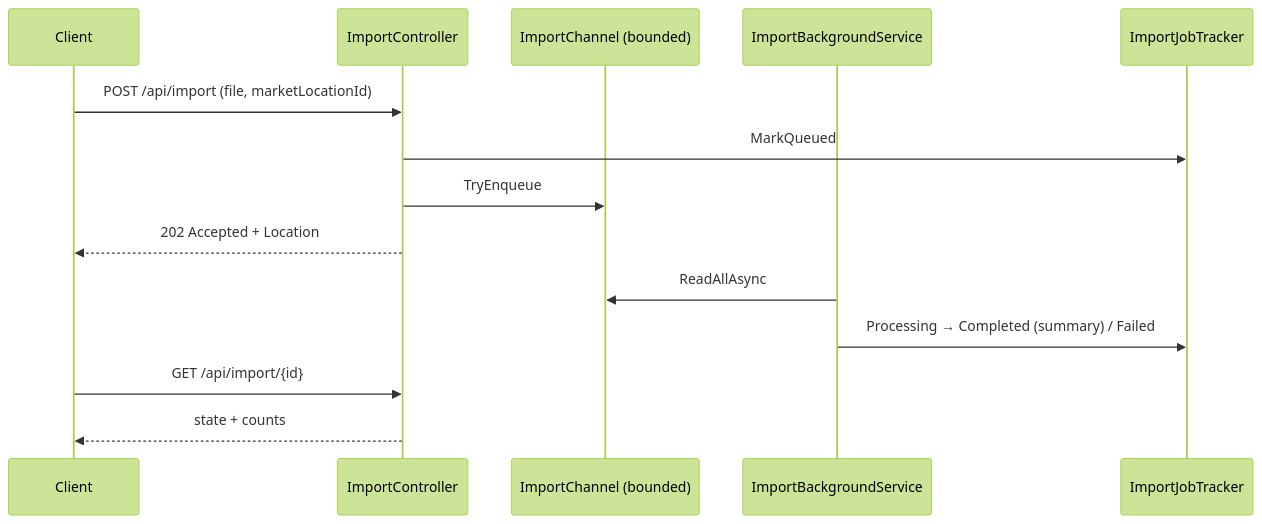
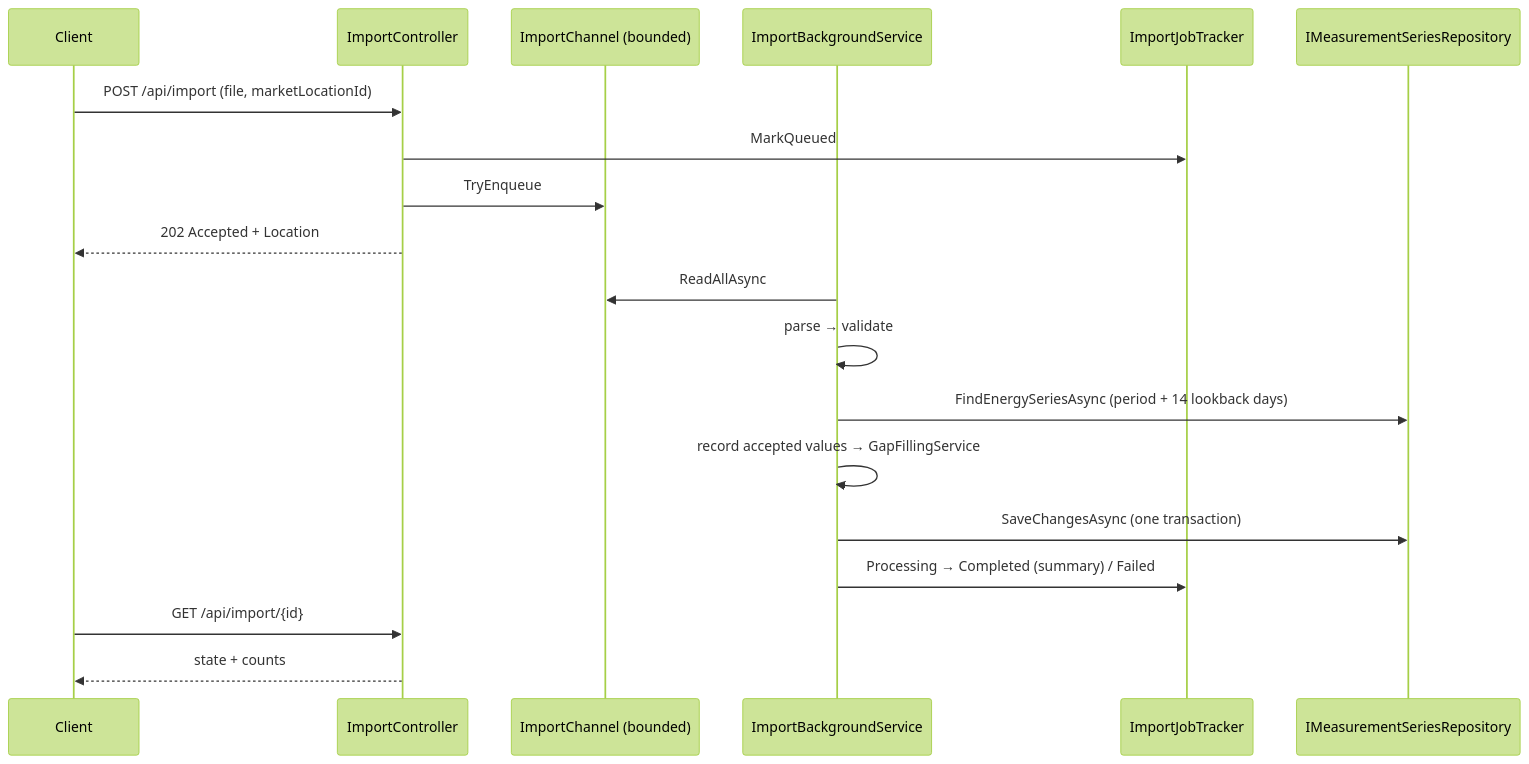
Before and after one commit to hanan-raza/meter-data-service: the third of 3 diagrams in README.md, drawn with Mermaid (forest theme). The commit also changed other lines of this file and 16 other files, not shown here.

````diff
--- a/README.md
+++ b/README.md
@@ -131,16 +131,21 @@
 ```mermaid
 sequenceDiagram
     participant C as Client
     participant E as ImportController
     participant Q as ImportChannel (bounded)
     participant B as ImportBackgroundService
     participant T as ImportJobTracker
+    participant R as IMeasurementSeriesRepository
     C->>E: POST /api/import (file, marketLocationId)
     E->>T: MarkQueued
     E->>Q: TryEnqueue
     E-->>C: 202 Accepted + Location
     B->>Q: ReadAllAsync
+    B->>B: parse → validate
+    B->>R: FindEnergySeriesAsync (period + 14 lookback days)
+    B->>B: record accepted values → GapFillingService
+    B->>R: SaveChangesAsync (one transaction)
     B->>T: Processing → Completed (summary) / Failed
     C->>E: GET /api/import/{id}
     E-->>C: state + counts
 ```
````
